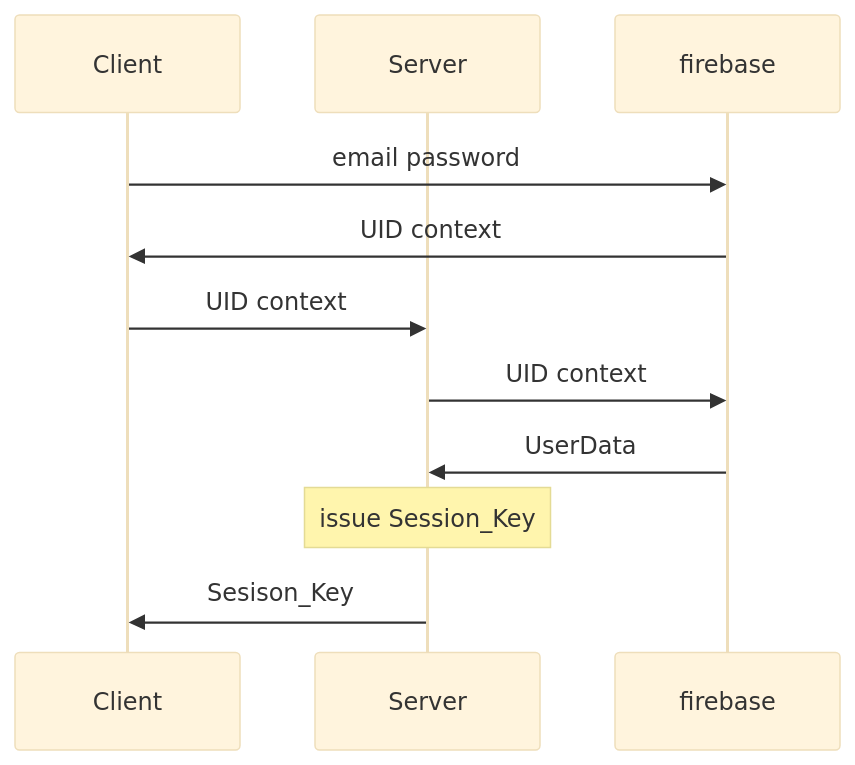
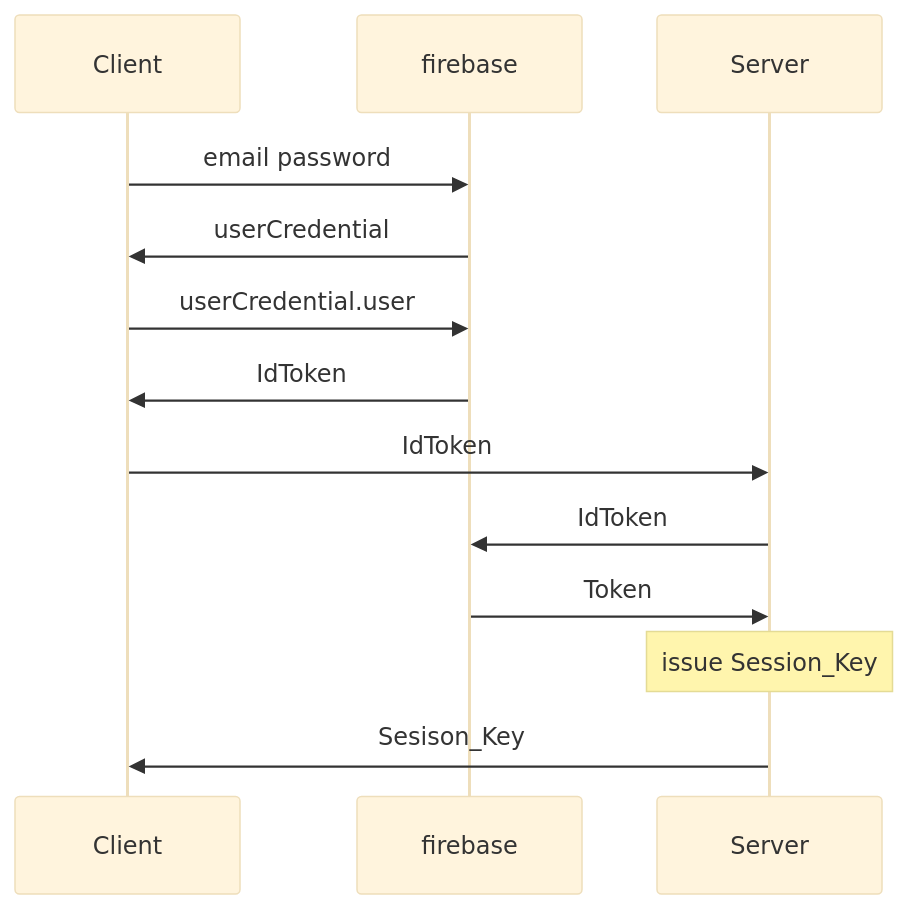
One commit to WhatACotton/CharisWorks-BackEnd changed the third of 5 diagrams in README.md. Above: the diagram before and after it, drawn with Mermaid (base theme). The commit also changed other lines of this file, not shown here.

Commit message:
sequence

````diff
--- a/README.md
+++ b/README.md
@@ -50,16 +49,19 @@
 ```mermaid
 sequenceDiagram
 participant Client
+participant firebase
+
 participant Server
-participant firebase
 
 
 Client ->> firebase:email password
-firebase ->> Client: UID context
-Client ->> Server: UID context
-Server ->> firebase:UID context
-firebase ->>Server:UserData
+firebase ->> Client: userCredential
+Client ->> firebase:userCredential.user
+firebase ->> Client:IdToken
+Client ->> Server: IdToken
+Server ->> firebase:IdToken
+firebase ->>Server:Token
 Note over Server:issue Session_Key
 Server ->> Client:Sesison_Key
 
 ```
````
